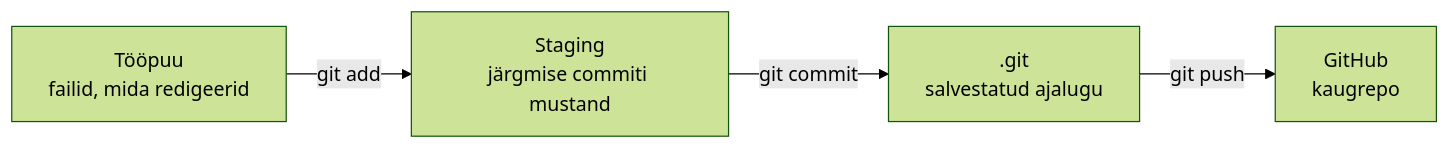
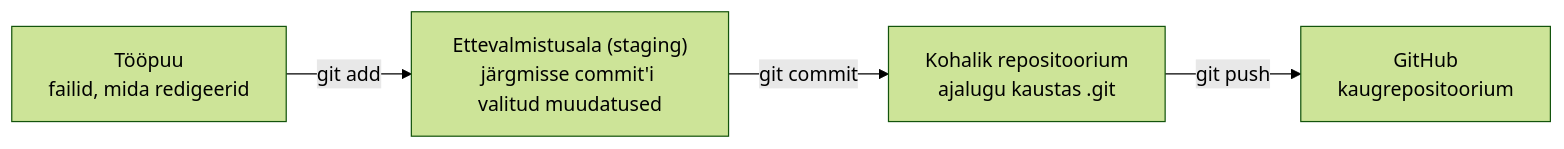
The first of 4 diagrams in docs/week02/lecture.md (hkhk-automation/devops), drawn with Mermaid (forest theme) before and after one commit. The commit also changed other lines of this file and 2 other files, not shown here.

````diff
--- a/docs/week02/lecture.md
+++ b/docs/week02/lecture.md
@@ -39,6 +39,6 @@
 ```mermaid
 flowchart LR
-    A["Tööpuu<br/>failid, mida redigeerid"] -->|git add| B["Staging<br/>järgmise commiti mustand"]
-    B -->|git commit| C[".git<br/>salvestatud ajalugu"]
-    C -->|git push| D["GitHub<br/>kaugrepo"]
+    A["Tööpuu<br/>failid, mida redigeerid"] -->|git add| B["Ettevalmistusala (staging)<br/>järgmisse commit'i valitud muudatused"]
+    B -->|git commit| C["Kohalik repositoorium<br/>ajalugu kaustas .git"]
+    C -->|git push| D["GitHub<br/>kaugrepositoorium"]
 ```
````
